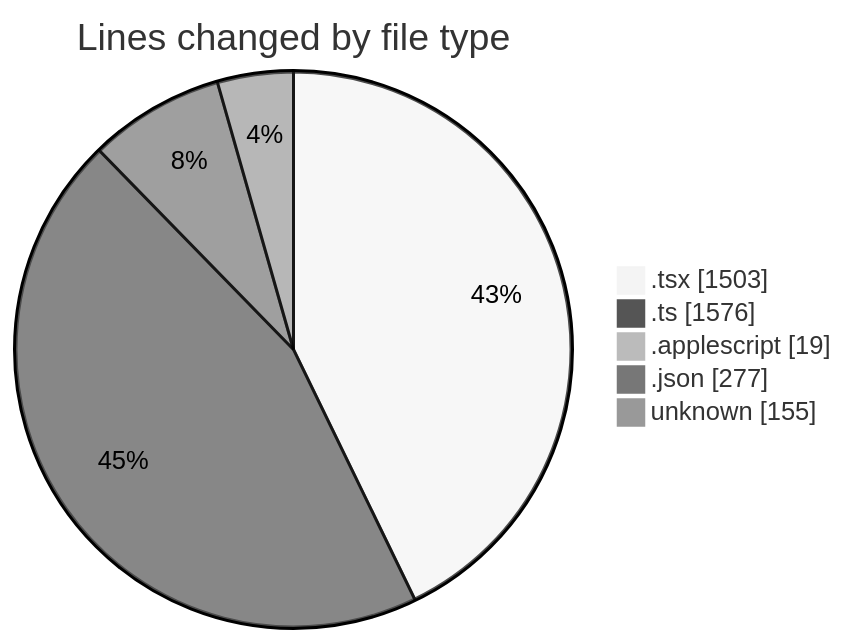
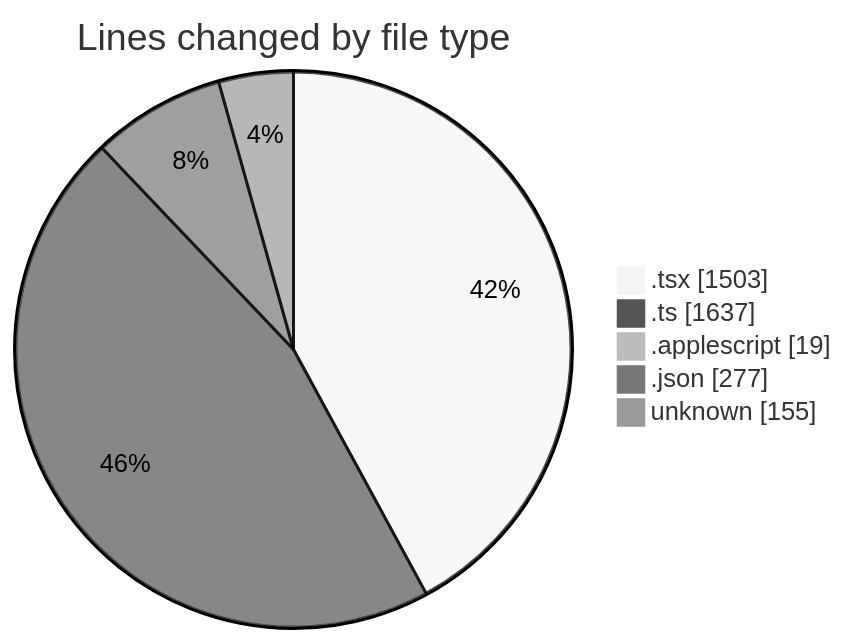
One commit to EIIisD/code-tracking changed the first of 2 diagrams in 2025-07-11/ribbon/README.md. Above: the diagram before and after it, drawn with Mermaid (neutral theme). The commit also changed other lines of this file and 1 other file, not shown here.

````diff
--- a/2025-07-11/ribbon/README.md
+++ b/2025-07-11/ribbon/README.md
@@ -38,9 +39,9 @@
 ```mermaid
 pie showData
 title Lines changed by file type
 ".tsx" : 1503
-".ts" : 1576
+".ts" : 1637
 ".applescript" : 19
 ".json" : 277
 "unknown" : 155
 ```
````
